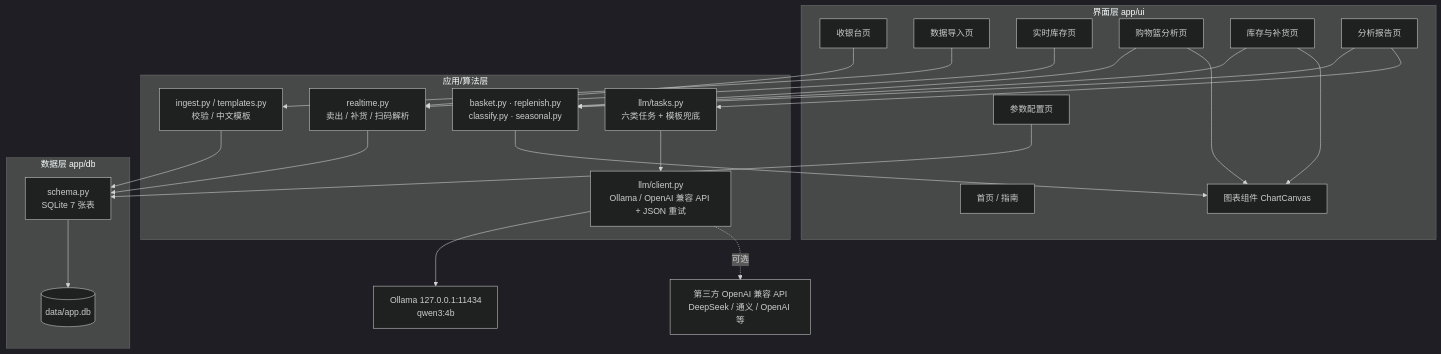
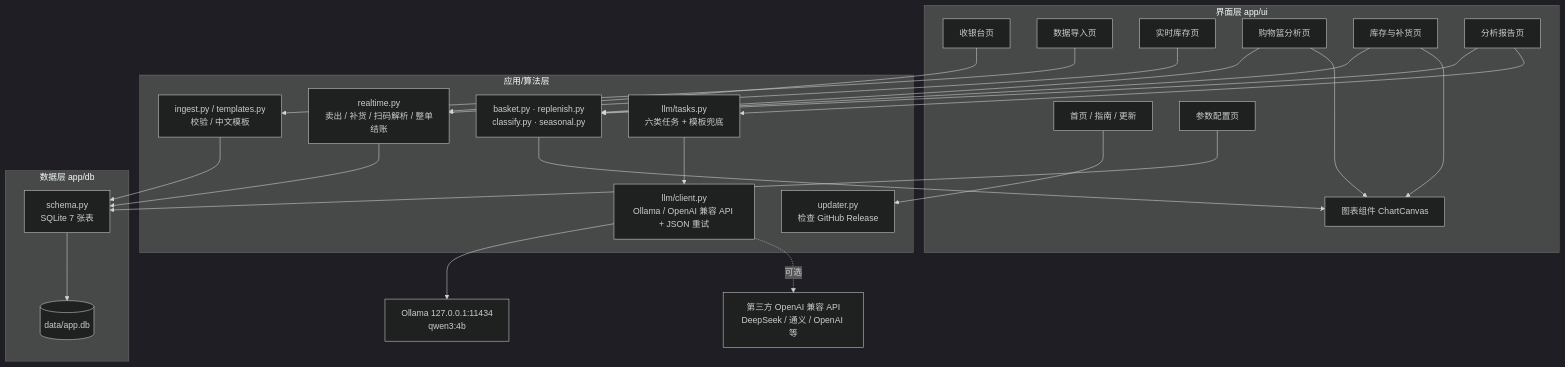
The first of 2 diagrams in docs/概要设计.md (SBTstudio/Intelligent_Warehousing), drawn with Mermaid (dark theme) before and after one commit. The commit also changed other lines of this file and 20 other files, not shown here.

````diff
--- a/docs/概要设计.md
+++ b/docs/概要设计.md
@@ -14,45 +14,47 @@
 ```mermaid
 flowchart TB
     subgraph UI["界面层 app/ui"]
-        Home["首页 / 指南"]
+        Home["首页 / 指南 / 更新"]
         Cashier["收银台页"]
         Import["数据导入页"]
         Realtime["实时库存页"]
         Basket["购物篮分析页"]
         Replenish["库存与补货页"]
         Report["分析报告页"]
         Settings["参数配置页"]
         Charts["图表组件 ChartCanvas"]
     end
 
     subgraph App["应用/算法层"]
         Ingest["ingest.py / templates.py<br/>校验 / 中文模板"]
-        RealtimeCore["realtime.py<br/>卖出 / 补货 / 扫码解析"]
+        RealtimeCore["realtime.py<br/>卖出 / 补货 / 扫码解析 / 整单结账"]
+        Updater["updater.py<br/>检查 GitHub Release"]
         Core["basket.py · replenish.py<br/>classify.py · seasonal.py"]
         Tasks["llm/tasks.py<br/>六类任务 + 模板兜底"]
         Client["llm/client.py<br/>Ollama / OpenAI 兼容 API + JSON 重试"]
     end
 
     subgraph Data["数据层 app/db"]
         Schema["schema.py<br/>SQLite 7 张表"]
         DB[(data/app.db)]
     end
 
     Ollama["Ollama 127.0.0.1:11434<br/>qwen3:4b"]
     ThirdAPI["第三方 OpenAI 兼容 API<br/>DeepSeek / 通义 / OpenAI 等"]
 
     Import --> Ingest --> Schema
+    Home --> Updater
     Cashier --> RealtimeCore
     Realtime --> RealtimeCore --> Schema
     Basket --> Core
     Replenish --> Core
     Report --> Core
     Report --> Tasks --> Client
     Client --> Ollama
     Client -. 可选 .-> ThirdAPI
     Settings --> Schema
     Schema --> DB
     Core --> Charts
     Basket --> Charts
     Replenish --> Charts
 ```
````
